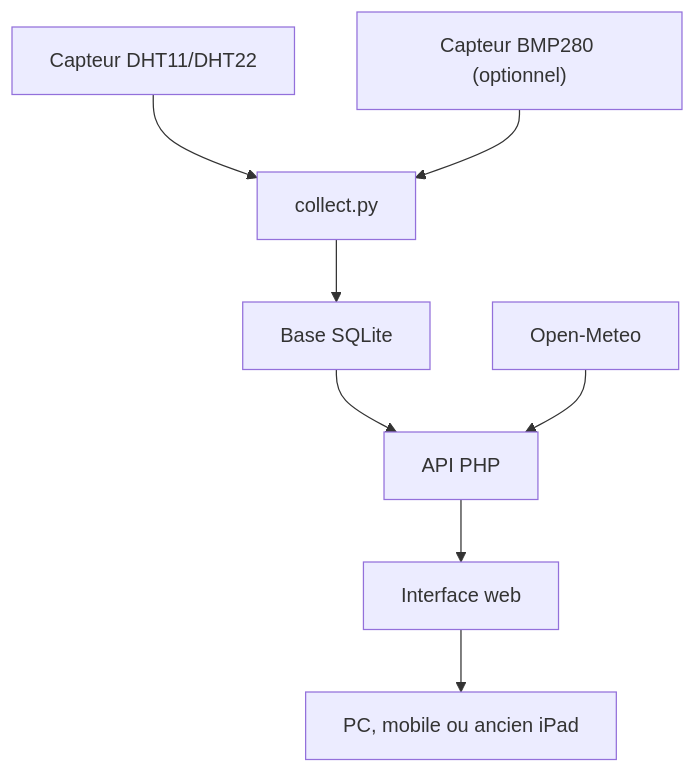
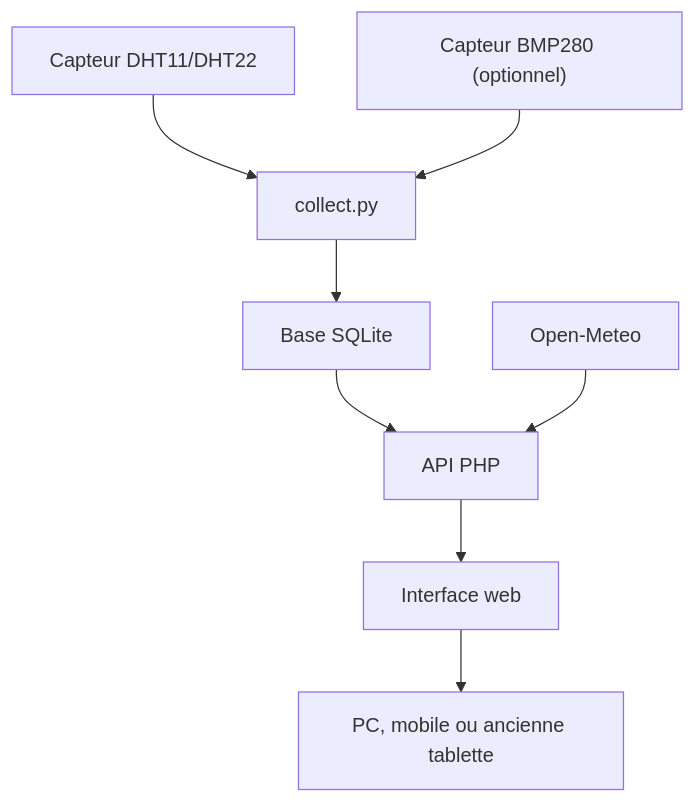
The diagram in README.md (jpparein/raspberry-pi-station-meteo), drawn with Mermaid before and after one commit. The commit also changed other lines of this file, not shown here.

Commit message:
docs: generalize iPad references to any old tablet/screen

````diff
--- a/README.md
+++ b/README.md
@@ -90,10 +90,10 @@
 ```mermaid
 flowchart TD
     A["Capteur DHT11/DHT22"] --> B["collect.py"]
     F["Capteur BMP280 (optionnel)"] --> B
     B --> C["Base SQLite"]
     C --> D["API PHP"]
     E["Open-Meteo"] --> D
     D --> G["Interface web"]
-    G --> H["PC, mobile ou ancien iPad"]
+    G --> H["PC, mobile ou ancienne tablette"]
 ```
````
